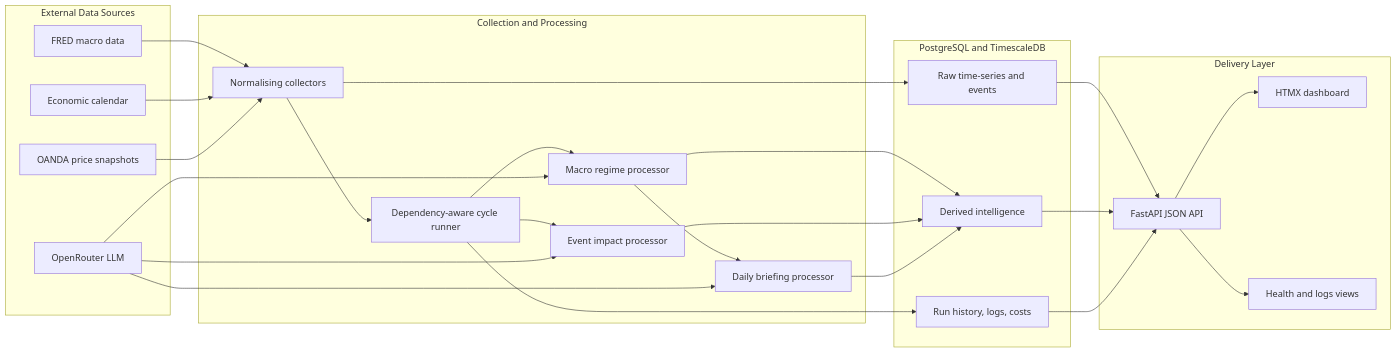
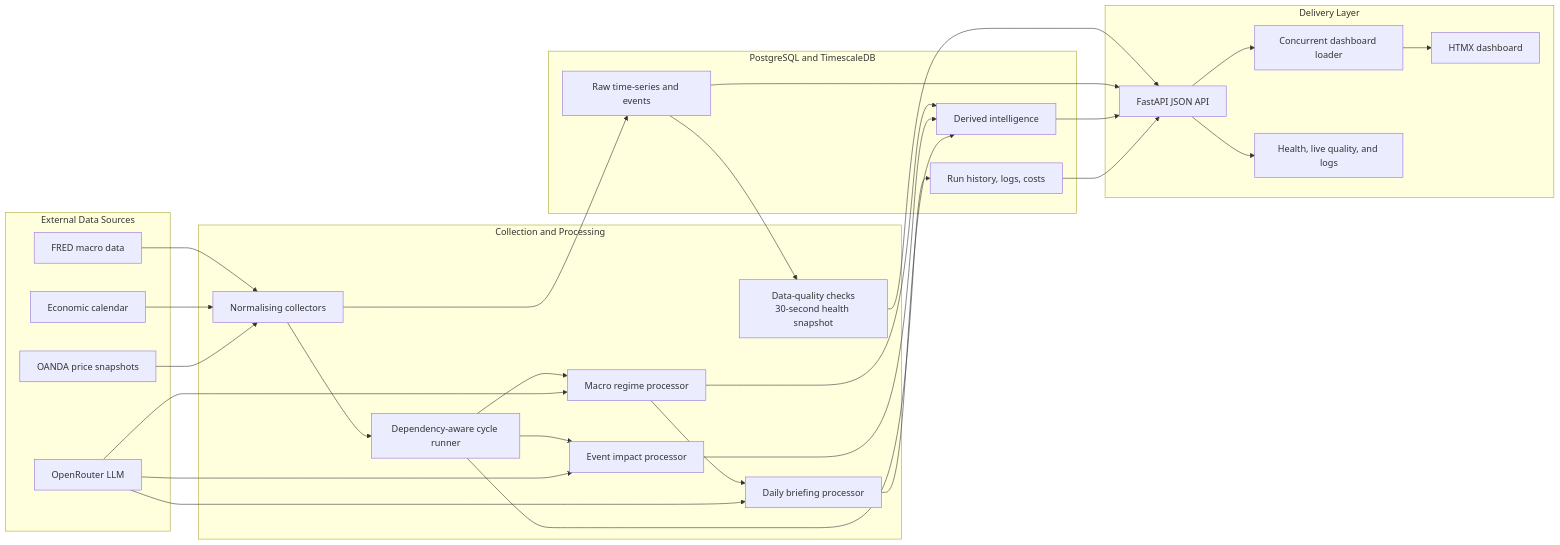
One commit to cpu23/trading-data-platform changed the diagram in README.md. Above: the diagram before and after it, drawn with Mermaid. The commit also changed other lines of this file and 8 other files, not shown here.

````diff
--- a/README.md
+++ b/README.md
@@ -39,53 +39,57 @@
 ```mermaid
 flowchart LR
     subgraph Sources["External Data Sources"]
         FRED["FRED macro data"]
         Calendar["Economic calendar"]
         OANDA["OANDA price snapshots"]
         LLM["OpenRouter LLM"]
     end
 
     subgraph Orchestration["Collection and Processing"]
         Collectors["Normalising collectors"]
         Cycle["Dependency-aware cycle runner"]
         Regime["Macro regime processor"]
         Events["Event impact processor"]
         Briefing["Daily briefing processor"]
+        Quality["Data-quality checks<br/>30-second health snapshot"]
     end
 
     subgraph Storage["PostgreSQL and TimescaleDB"]
         Raw["Raw time-series and events"]
         Derived["Derived intelligence"]
         Operations["Run history, logs, costs"]
     end
 
     subgraph Delivery["Delivery Layer"]
         API["FastAPI JSON API"]
+        Fanout["Concurrent dashboard loader"]
         Dashboard["HTMX dashboard"]
-        Health["Health and logs views"]
+        Health["Health, live quality, and logs"]
     end
 
     FRED --> Collectors
     Calendar --> Collectors
     OANDA --> Collectors
     Collectors --> Raw
     Collectors --> Cycle
 
     Cycle --> Regime
     Cycle --> Events
     Regime --> Briefing
     LLM --> Regime
     LLM --> Events
     LLM --> Briefing
 
     Regime --> Derived
     Events --> Derived
     Briefing --> Derived
     Cycle --> Operations
+    Raw --> Quality
+    Quality --> API
 
     Raw --> API
     Derived --> API
     Operations --> API
-    API --> Dashboard
+    API --> Fanout --> Dashboard
     API --> Health
 ```
````
